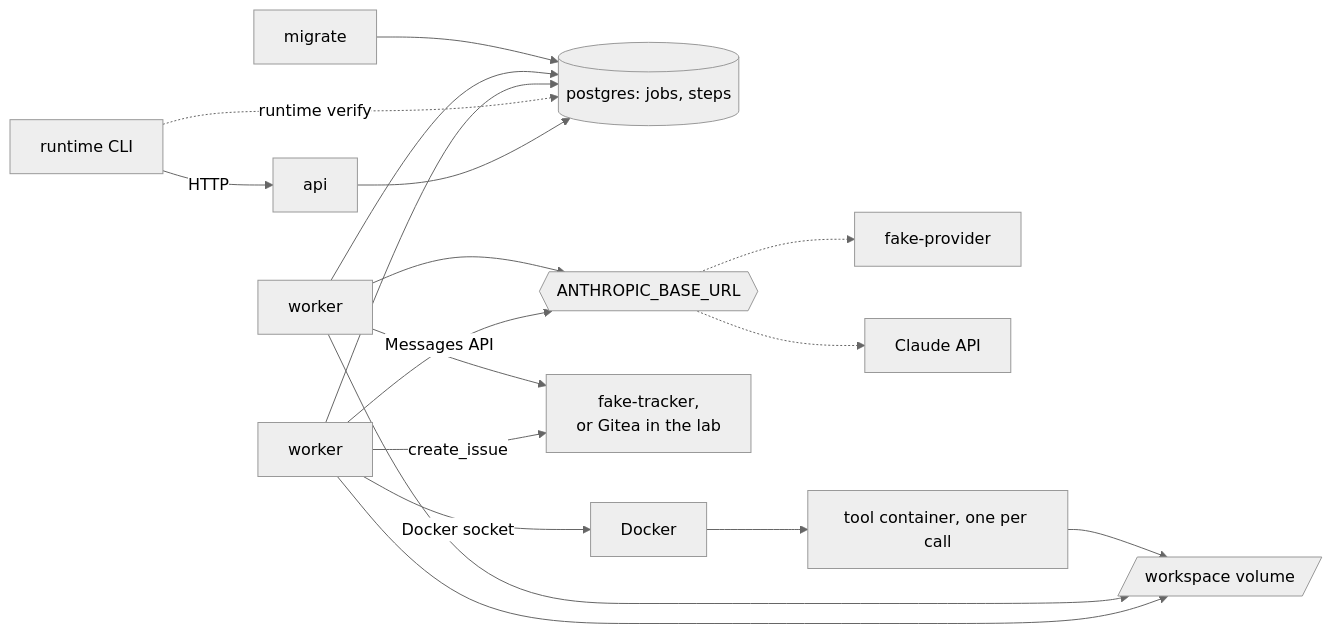
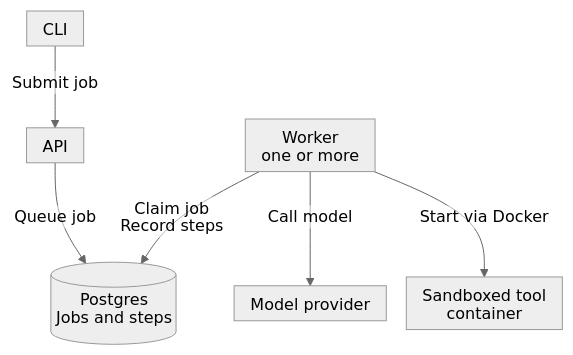
One commit to sindredg/agent-runtime changed the first of 2 diagrams in docs/architecture.md. Above: the diagram before and after it, drawn with Mermaid (neutral theme). The commit also changed other lines of this file and 8 other files, not shown here.

Commit message:
docs: show how a job survives a worker stopping

````diff
--- a/docs/architecture.md
+++ b/docs/architecture.md
@@ -8,20 +12,17 @@
 ```mermaid
-flowchart LR
-    CLI[runtime CLI] -->|HTTP| API[api]
-    API --> DB[(postgres: jobs, steps)]
-    CLI -.->|runtime verify| DB
-    W1[worker] --> DB
-    W2[worker] --> DB
-    W1 -->|Messages API| P{{ANTHROPIC_BASE_URL}}
-    W2 --> P
-    P -.-> FP[fake-provider]
-    P -.-> CL[Claude API]
-    W1 --> WS[/workspace volume/]
-    W2 --> WS
-    W1 -->|create_issue| T[fake-tracker,<br/>or Gitea in the lab]
-    W2 --> T
-    W1 -->|Docker socket| D[Docker]
-    D --> C[tool container, one per call]
-    C --> WS
-    M[migrate] --> DB
+---
+config:
+  htmlLabels: false
+  flowchart:
+    padding: 8
+    nodeSpacing: 20
+---
+flowchart TD
+    accTitle: Components that run a job
+    accDescr: The CLI submits a job through the API. Workers claim jobs and record steps in Postgres, call the model provider and start containers for sandboxed tools.
+    CLI[CLI] -->|Submit job| API[API]
+    API -->|Queue job| DB[(Postgres<br/>Jobs and steps)]
+    W[Worker<br/>one or more] -->|Claim job<br/>Record steps| DB
+    W -->|Call model| P[Model provider]
+    W -->|Start via Docker| S[Sandboxed tool<br/>container]
 ```
````
